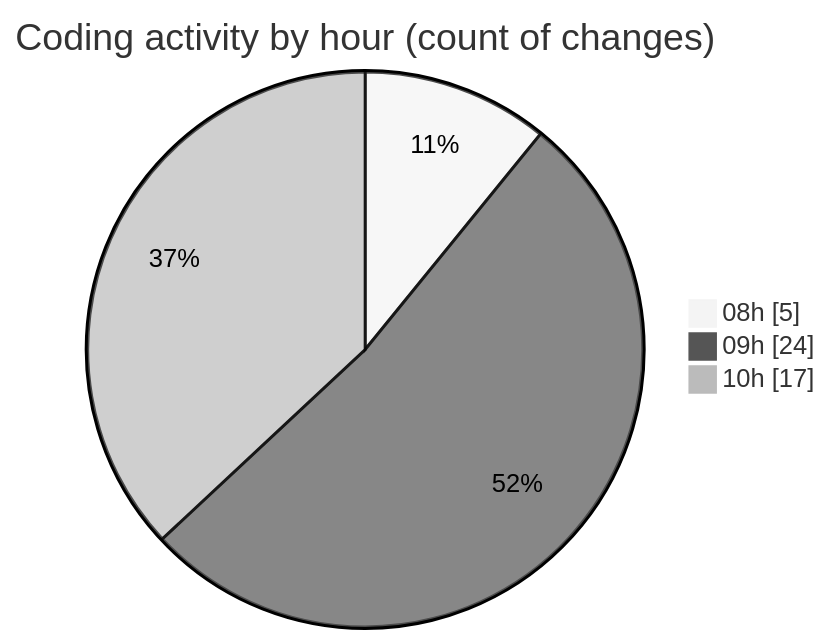
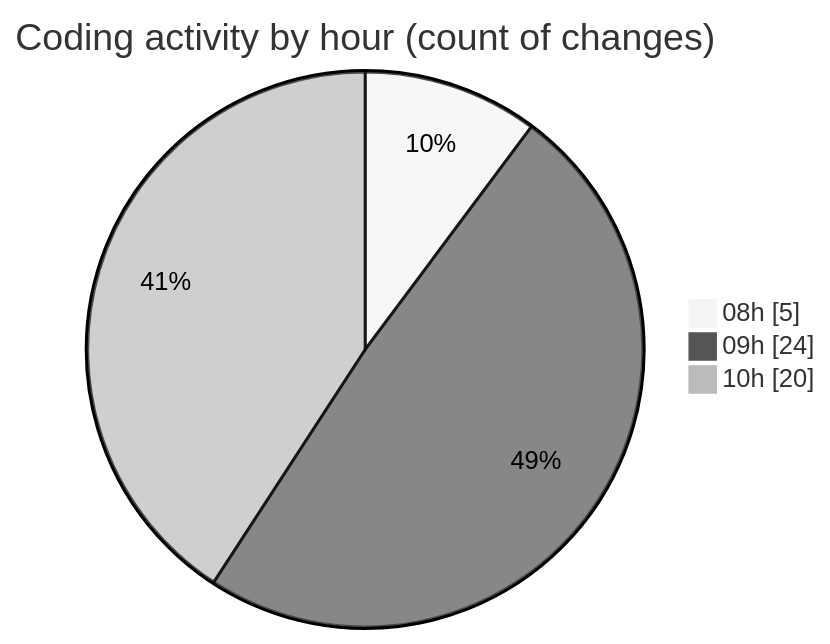
Before and after one commit to momahboobian/code-tracking: the second of 2 diagrams in 2025-11-24/cda/README.md, drawn with Mermaid (neutral theme). The commit also changed other lines of this file and 1 other file, not shown here.

````diff
--- a/2025-11-24/cda/README.md
+++ b/2025-11-24/cda/README.md
@@ -34,7 +34,7 @@
 ```mermaid
 pie showData
 title Coding activity by hour (count of changes)
 "08h" : 5
 "09h" : 24
-"10h" : 17
+"10h" : 20
 ```
````
